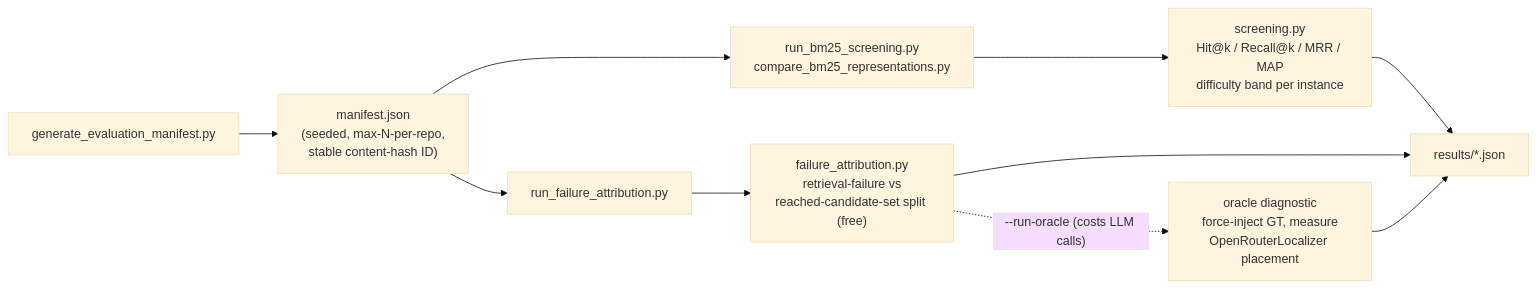
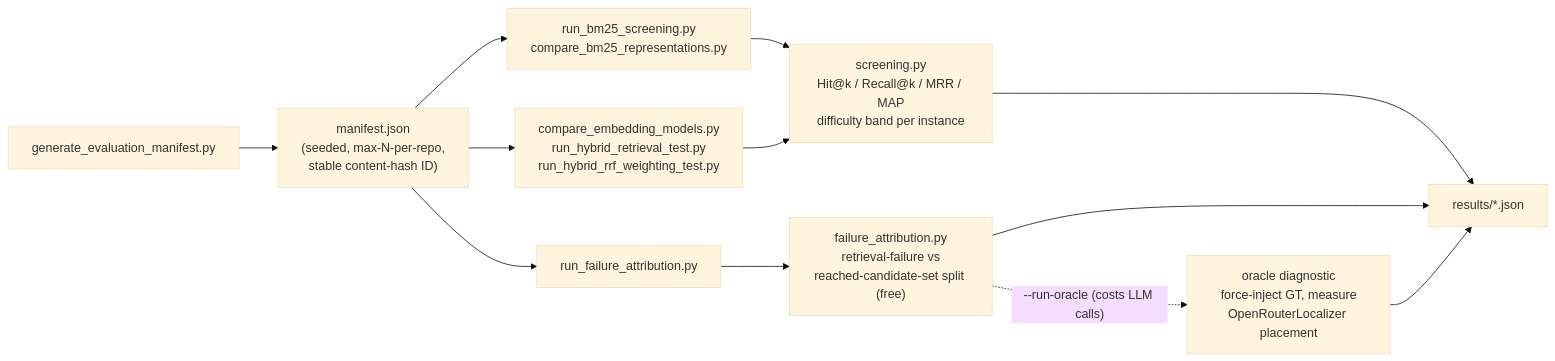
Before and after one commit to epayaslii/bug-localization: the fourth of 4 diagrams in docs/architecture.md, drawn with Mermaid (base theme). The commit also changed other lines of this file and 8 other files, not shown here.

````diff
--- a/docs/architecture.md
+++ b/docs/architecture.md
@@ -118,12 +160,14 @@
 ```mermaid
 flowchart LR
     A["generate_evaluation_manifest.py"] --> M["manifest.json\n(seeded, max-N-per-repo,\nstable content-hash ID)"]
     M --> B["run_bm25_screening.py\ncompare_bm25_representations.py"]
+    M --> EMB["compare_embedding_models.py\nrun_hybrid_retrieval_test.py\nrun_hybrid_rrf_weighting_test.py"]
     B --> S["screening.py\nHit@k / Recall@k / MRR / MAP\ndifficulty band per instance"]
+    EMB --> S
     S --> R1["results/*.json"]
     M --> F["run_failure_attribution.py"]
     F --> FA["failure_attribution.py\nretrieval-failure vs\nreached-candidate-set split (free)"]
     FA -.->|"--run-oracle (costs LLM calls)"| O["oracle diagnostic\nforce-inject GT, measure\nOpenRouterLocalizer placement"]
     FA --> R1
     O --> R1
 ```
````
